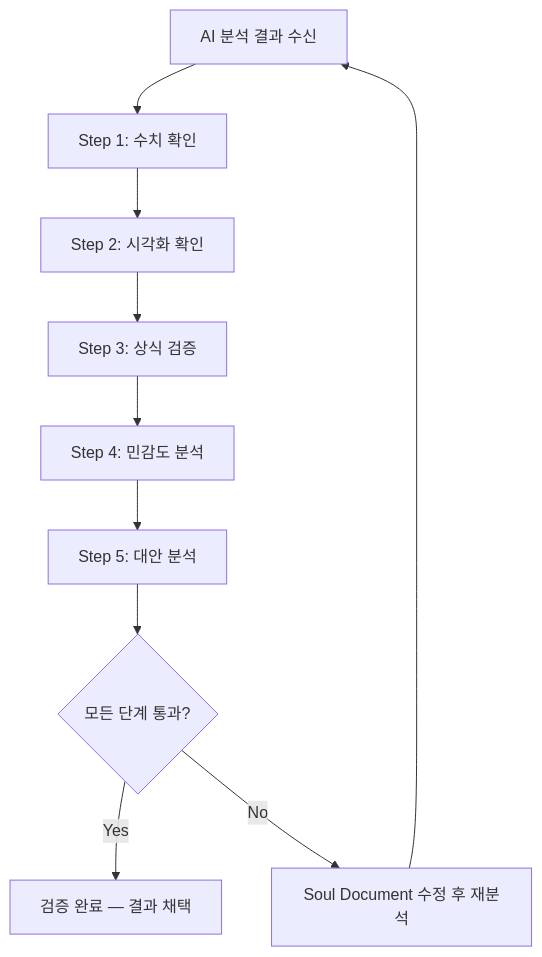
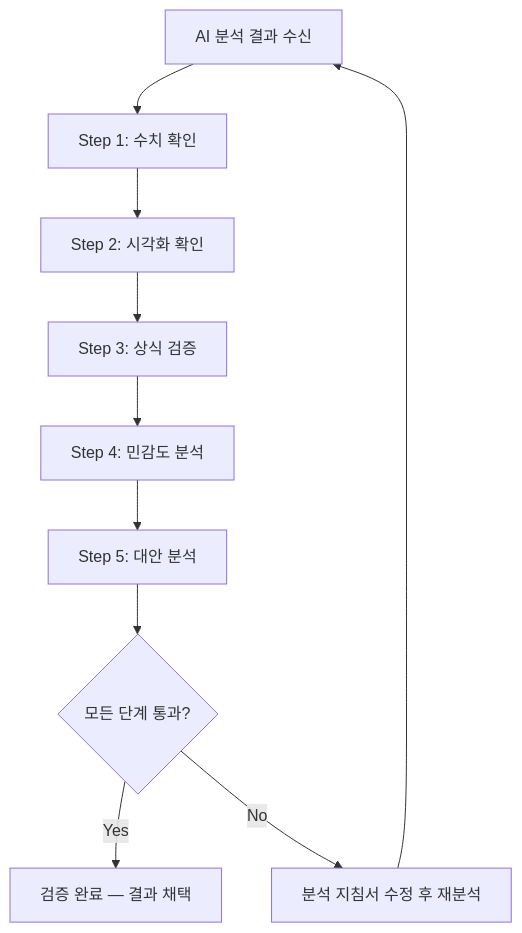
Before and after one commit to greatsong/data-analysis-agentic: the first of 2 diagrams in docs/chapter06.md, drawn with Mermaid. The commit also changed other lines of this file and 8 other files, not shown here.

````diff
--- a/docs/chapter06.md
+++ b/docs/chapter06.md
@@ -50,12 +50,12 @@
 ```mermaid
 flowchart TD
     S[AI 분석 결과 수신] --> S1[Step 1: 수치 확인]
     S1 --> S2[Step 2: 시각화 확인]
     S2 --> S3[Step 3: 상식 검증]
     S3 --> S4[Step 4: 민감도 분석]
     S4 --> S5[Step 5: 대안 분석]
     S5 --> F{모든 단계 통과?}
     F -->|Yes| G[검증 완료 — 결과 채택]
-    F -->|No| H[Soul Document 수정 후 재분석]
+    F -->|No| H[분석 지침서 수정 후 재분석]
     H --> S
 ```
````
